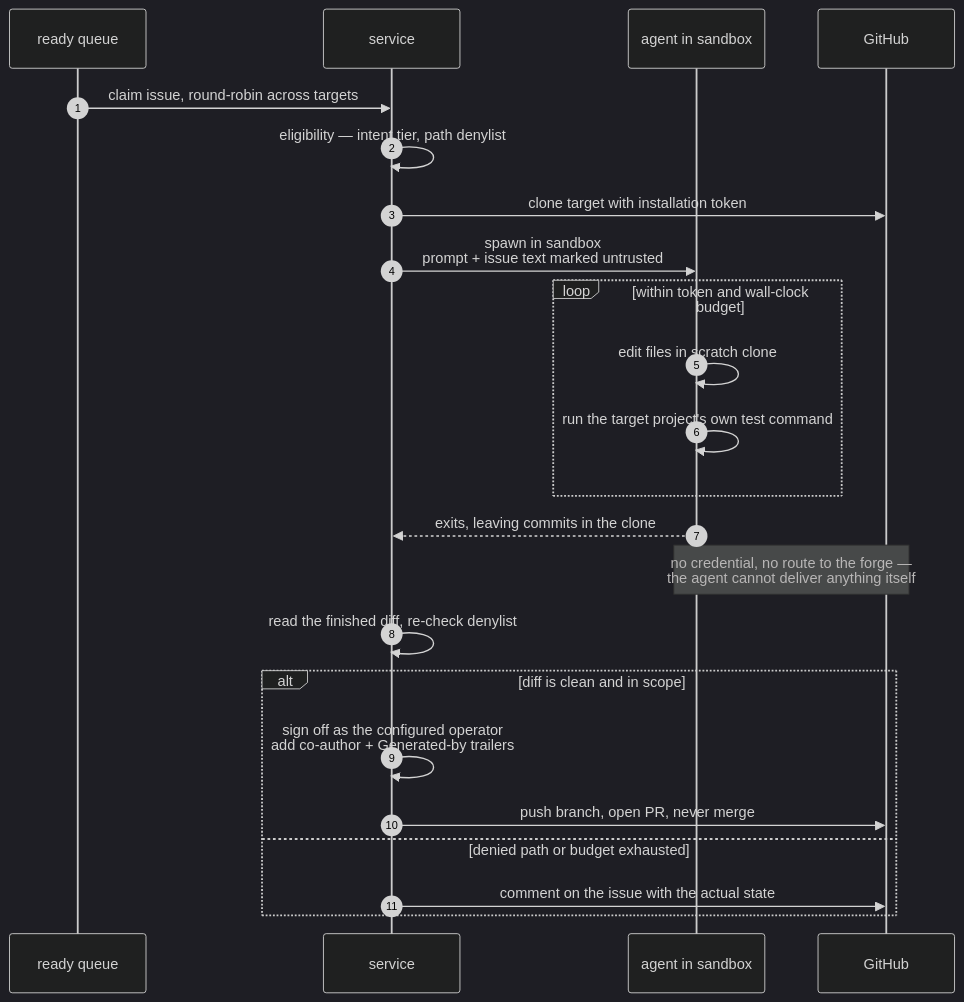
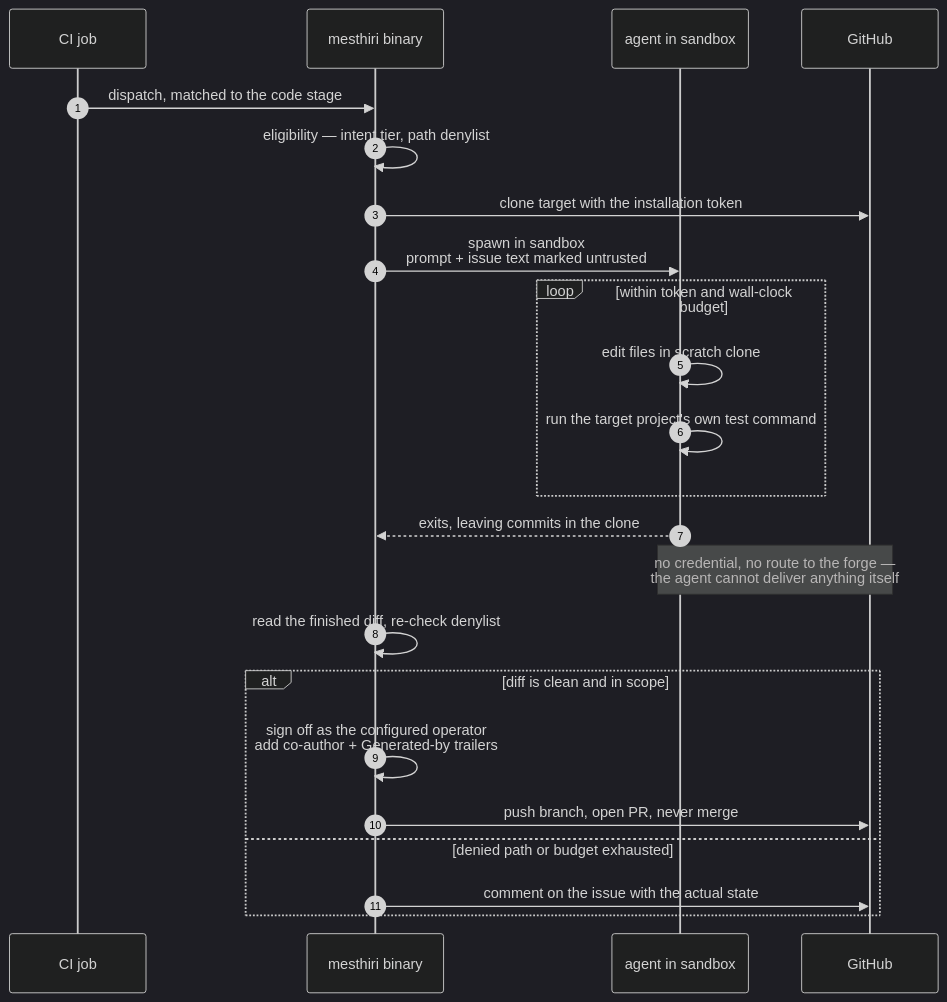
The fourth of 7 diagrams in docs/architecture.md (mesthiri/mesthiri), drawn with Mermaid (dark theme) before and after one commit. The commit also changed other lines of this file and 5 other files, not shown here.

First line of the commit message:
Re-architect to CI-native dispatch, inspired by fullsend

````diff
--- a/docs/architecture.md
+++ b/docs/architecture.md
@@ -113,26 +129,26 @@
 ```mermaid
 sequenceDiagram
   autonumber
-  participant Q as ready queue
-  participant S as service
+  participant W as CI job
+  participant S as mesthiri binary
   participant A as agent in sandbox
   participant G as GitHub
 
-  Q->>S: claim issue, round-robin across targets
+  W->>S: dispatch, matched to the code stage
   S->>S: eligibility — intent tier, path denylist
-  S->>G: clone target with installation token
+  S->>G: clone target with the installation token
   S->>A: spawn in sandbox<br/>prompt + issue text marked untrusted
   loop within token and wall-clock budget
     A->>A: edit files in scratch clone
     A->>A: run the target project's own test command
   end
   A-->>S: exits, leaving commits in the clone
   Note over A,G: no credential, no route to the forge —<br/>the agent cannot deliver anything itself
   S->>S: read the finished diff, re-check denylist
   alt diff is clean and in scope
     S->>S: sign off as the configured operator<br/>add co-author + Generated-by trailers
     S->>G: push branch, open PR, never merge
   else denied path or budget exhausted
     S->>G: comment on the issue with the actual state
   end
 ```
````
